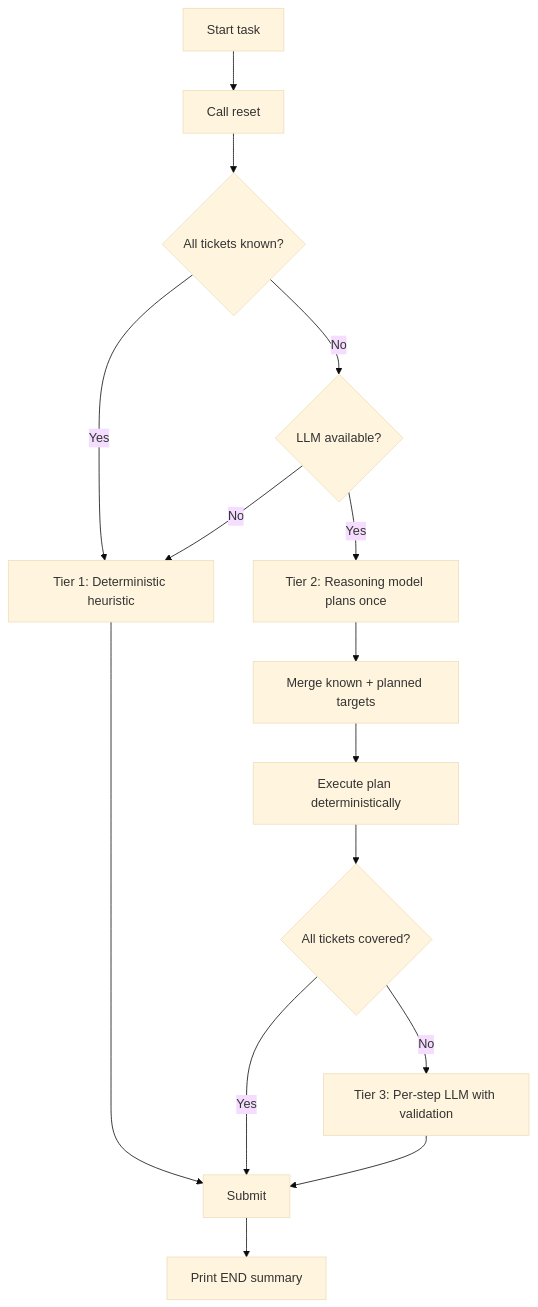
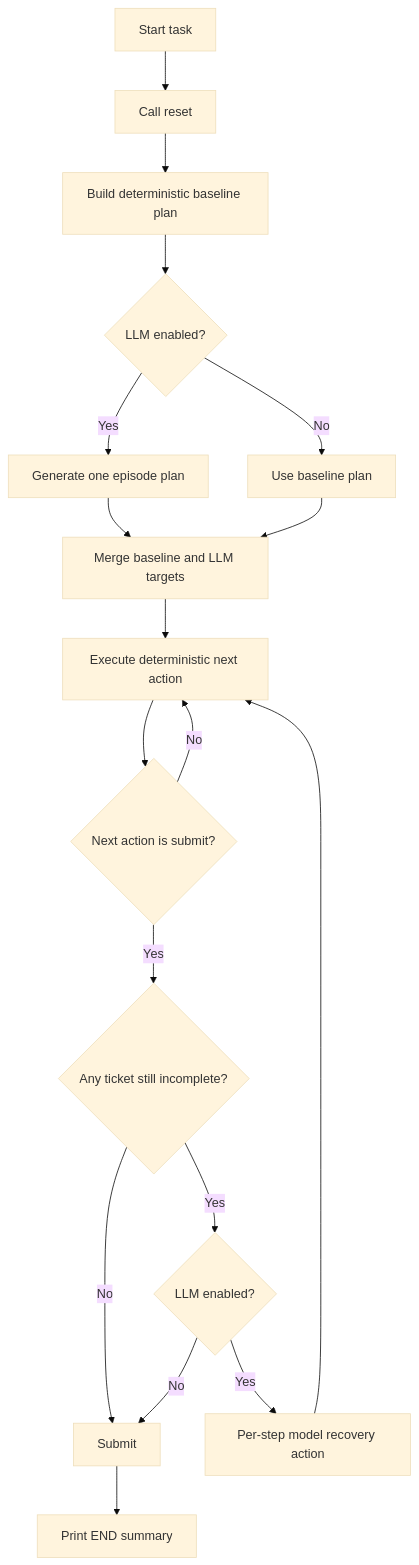
Before and after one commit to Dijo-404/Proj_Scale: the fourth of 5 diagrams in docs/guide.md, drawn with Mermaid (base theme). The commit also changed other lines of this file and 1 other file, not shown here.

````diff
--- a/docs/guide.md
+++ b/docs/guide.md
@@ -291,17 +293,20 @@
 ```mermaid
 flowchart TD
     A[Start task] --> B[Call reset]
-    B --> C{All tickets known?}
-    C -- Yes --> D[Tier 1: Deterministic heuristic]
-    C -- No --> E{LLM available?}
-    E -- No --> D
-    E -- Yes --> F[Tier 2: Reasoning model plans once]
-    F --> G[Merge known + planned targets]
-    G --> H[Execute plan deterministically]
-    H --> I{All tickets covered?}
-    I -- Yes --> J[Submit]
-    I -- No --> K[Tier 3: Per-step LLM with validation]
-    K --> J
-    D --> J
-    J --> L[Print END summary]
+    B --> C[Build deterministic baseline plan]
+    C --> D{LLM enabled?}
+    D -- Yes --> E[Generate one episode plan]
+    D -- No --> F[Use baseline plan]
+    E --> G[Merge baseline and LLM targets]
+    F --> G
+    G --> H[Execute deterministic next action]
+    H --> I{Next action is submit?}
+    I -- No --> H
+    I -- Yes --> J{Any ticket still incomplete?}
+    J -- No --> K[Submit]
+    J -- Yes --> L{LLM enabled?}
+    L -- No --> K
+    L -- Yes --> M[Per-step model recovery action]
+    M --> H
+    K --> N[Print END summary]
 ```
````
